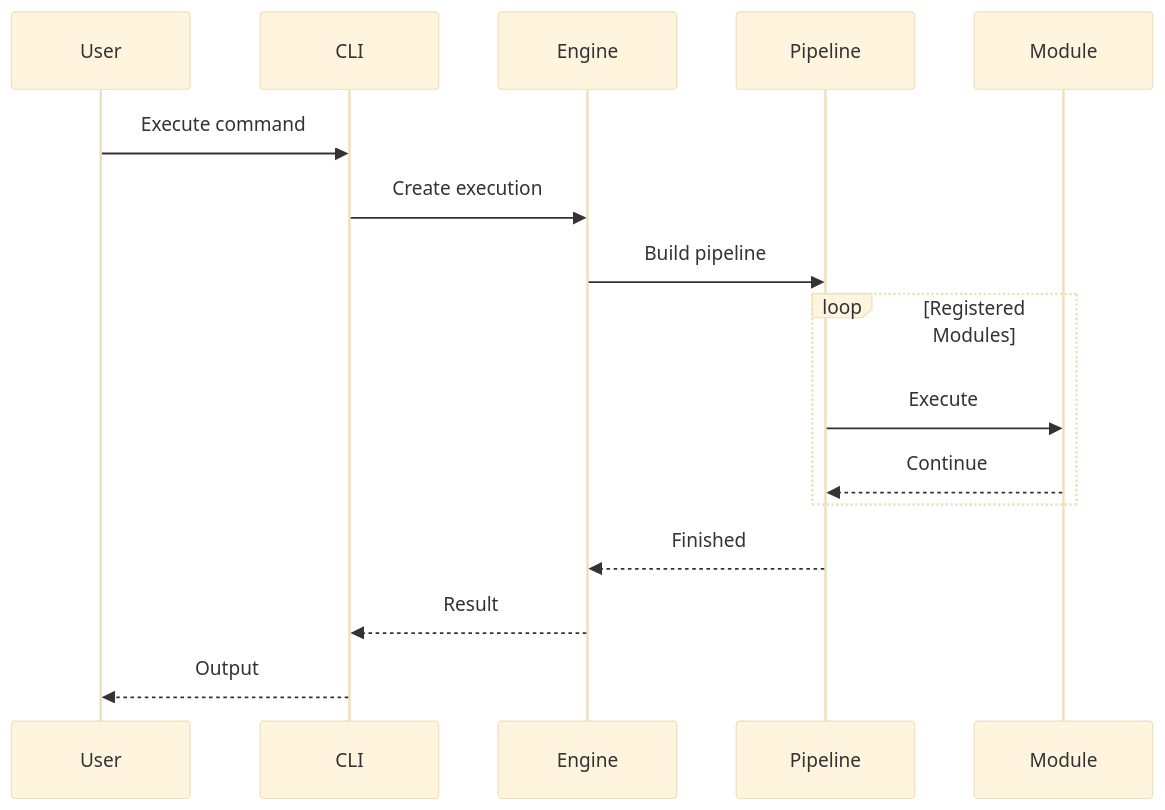
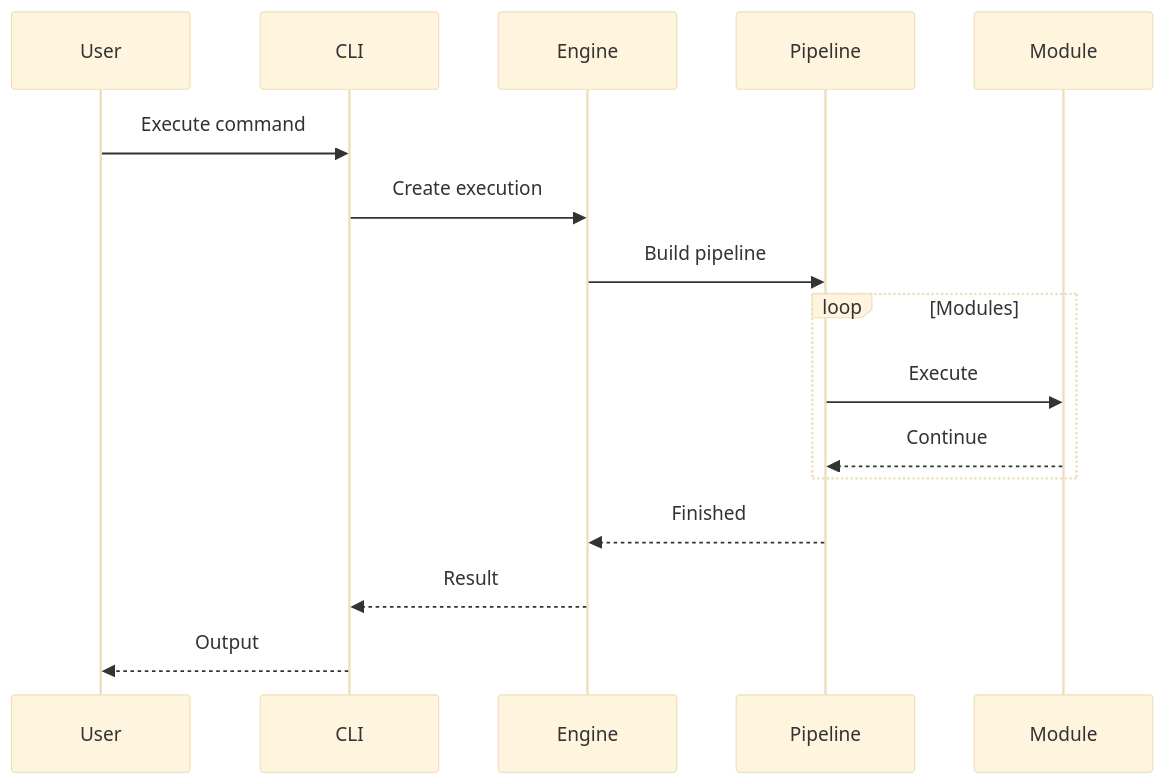
One commit to komed3/tauron changed the second of 2 diagrams in docs/architecture.md. Above: the diagram before and after it, drawn with Mermaid (base theme). The commit also changed 1 other file, not shown here.

Commit message:
visualize context lifetime

````diff
--- a/docs/architecture.md
+++ b/docs/architecture.md
@@ -140,22 +140,22 @@
 ```mermaid
 sequenceDiagram
 
   participant User
   participant CLI
   participant Engine
   participant Pipeline
   participant Module
 
   User->>CLI: Execute command
   CLI->>Engine: Create execution
   Engine->>Pipeline: Build pipeline
 
-  loop Registered Modules
+  loop Modules
     Pipeline->>Module: Execute
     Module-->>Pipeline: Continue
   end
 
   Pipeline-->>Engine: Finished
   Engine-->>CLI: Result
   CLI-->>User: Output
 ```
````
